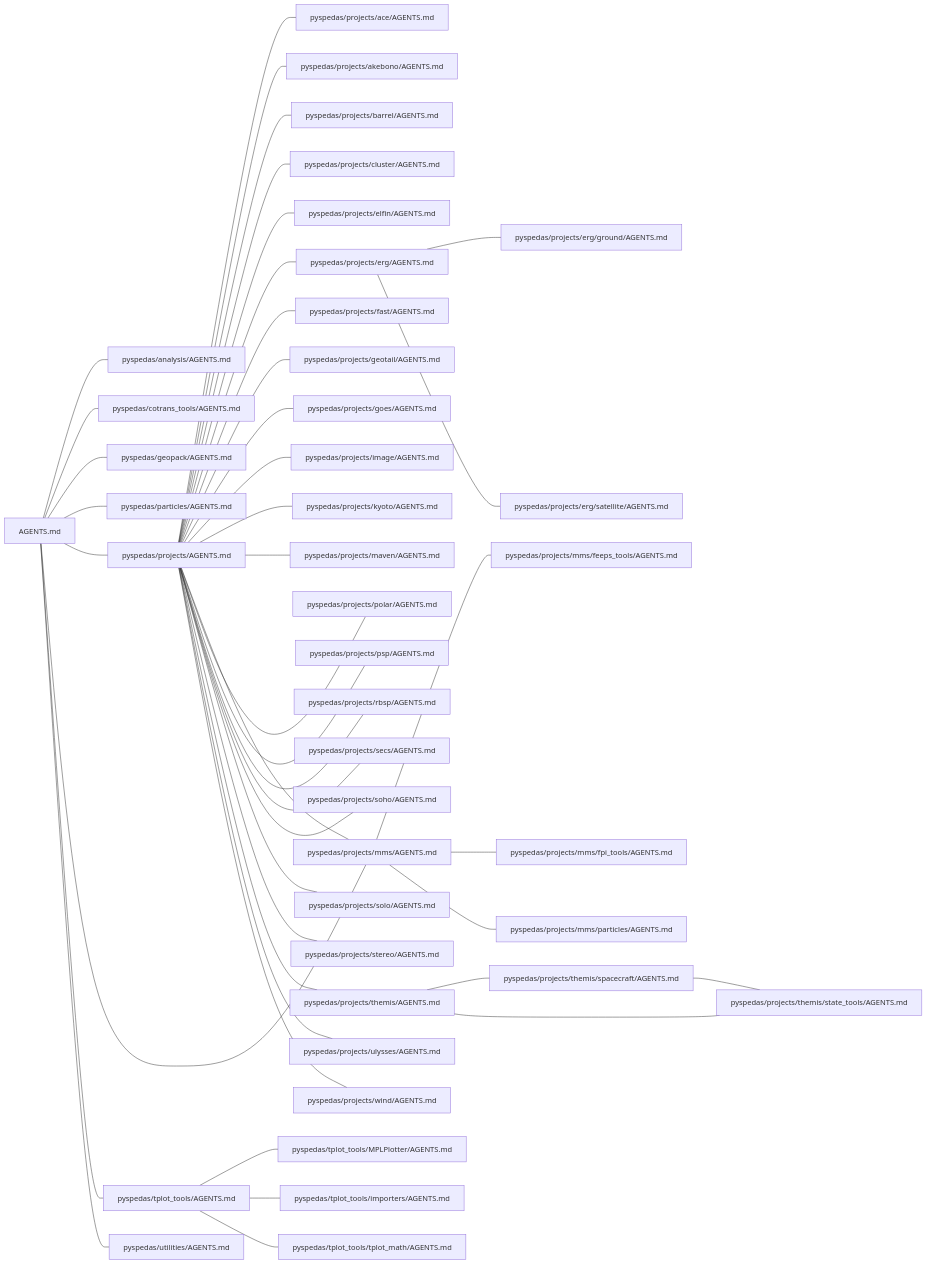
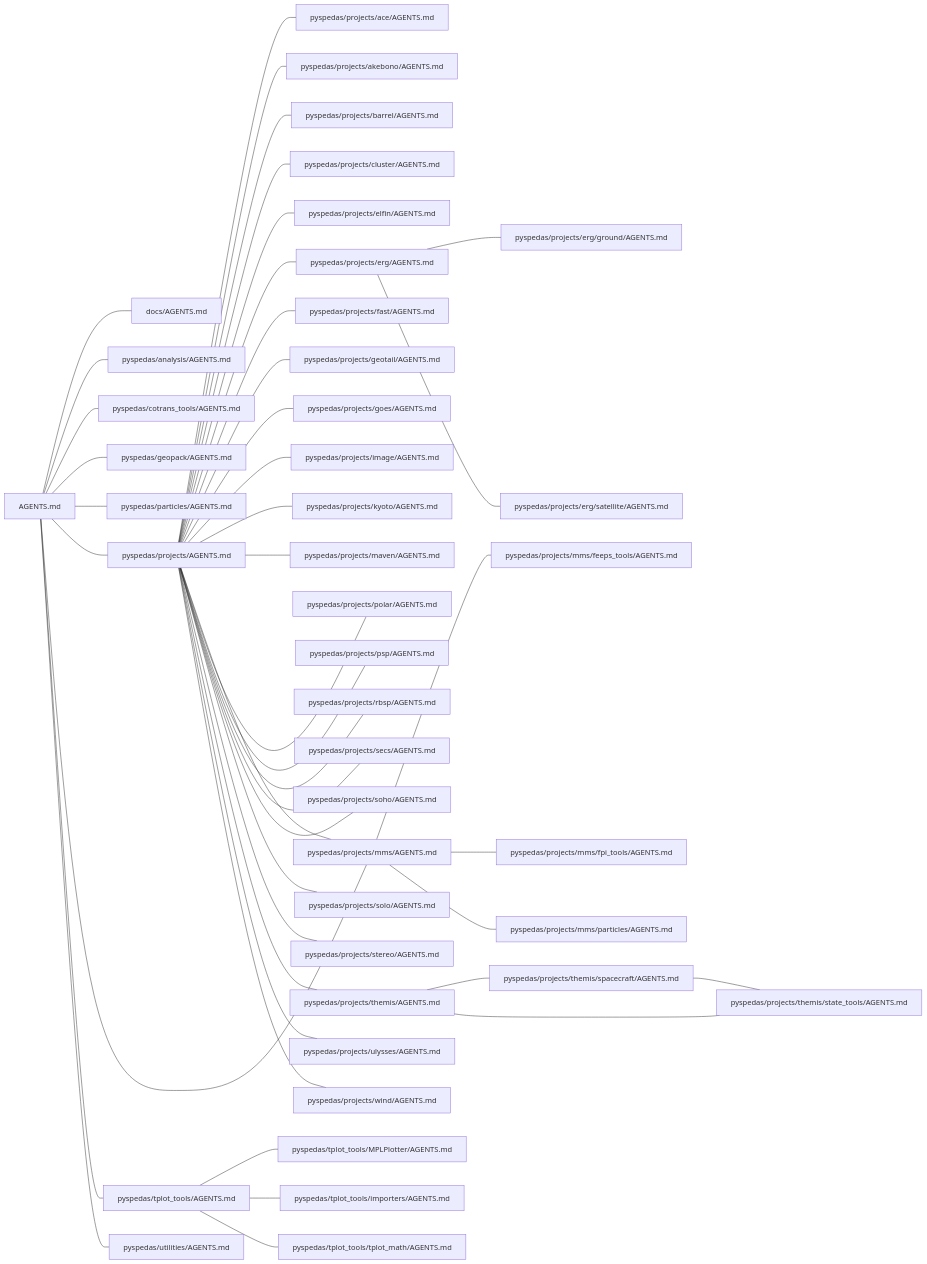
Before and after one commit to spedas/pyspedas: the first of 43 diagrams in .agents/map/MAP.md, drawn with Mermaid. The commit also changed other lines of this file and 1 other file, not shown here.

Commit message:
Rebuilt agent map files

````diff
--- a/.agents/map/MAP.md
+++ b/.agents/map/MAP.md
@@ -12,86 +12,88 @@
 ```mermaid
 graph LR
   a0["AGENTS.md"]
-  a1["pyspedas/analysis/AGENTS.md"]
-  a2["pyspedas/cotrans_tools/AGENTS.md"]
-  a3["pyspedas/geopack/AGENTS.md"]
-  a4["pyspedas/particles/AGENTS.md"]
-  a5["pyspedas/projects/AGENTS.md"]
-  a6["pyspedas/projects/ace/AGENTS.md"]
-  a7["pyspedas/projects/akebono/AGENTS.md"]
-  a8["pyspedas/projects/barrel/AGENTS.md"]
-  a9["pyspedas/projects/cluster/AGENTS.md"]
-  a10["pyspedas/projects/elfin/AGENTS.md"]
-  a11["pyspedas/projects/erg/AGENTS.md"]
-  a12["pyspedas/projects/erg/ground/AGENTS.md"]
-  a13["pyspedas/projects/erg/satellite/AGENTS.md"]
-  a14["pyspedas/projects/fast/AGENTS.md"]
-  a15["pyspedas/projects/geotail/AGENTS.md"]
-  a16["pyspedas/projects/goes/AGENTS.md"]
-  a17["pyspedas/projects/image/AGENTS.md"]
-  a18["pyspedas/projects/kyoto/AGENTS.md"]
-  a19["pyspedas/projects/maven/AGENTS.md"]
-  a20["pyspedas/projects/mms/AGENTS.md"]
-  a21["pyspedas/projects/mms/feeps_tools/AGENTS.md"]
-  a22["pyspedas/projects/mms/fpi_tools/AGENTS.md"]
-  a23["pyspedas/projects/mms/particles/AGENTS.md"]
-  a24["pyspedas/projects/polar/AGENTS.md"]
-  a25["pyspedas/projects/psp/AGENTS.md"]
-  a26["pyspedas/projects/rbsp/AGENTS.md"]
-  a27["pyspedas/projects/secs/AGENTS.md"]
-  a28["pyspedas/projects/soho/AGENTS.md"]
-  a29["pyspedas/projects/solo/AGENTS.md"]
-  a30["pyspedas/projects/stereo/AGENTS.md"]
-  a31["pyspedas/projects/themis/AGENTS.md"]
-  a32["pyspedas/projects/themis/spacecraft/AGENTS.md"]
-  a33["pyspedas/projects/themis/state_tools/AGENTS.md"]
-  a34["pyspedas/projects/ulysses/AGENTS.md"]
-  a35["pyspedas/projects/wind/AGENTS.md"]
-  a36["pyspedas/tplot_tools/AGENTS.md"]
-  a37["pyspedas/tplot_tools/MPLPlotter/AGENTS.md"]
-  a38["pyspedas/tplot_tools/importers/AGENTS.md"]
-  a39["pyspedas/tplot_tools/tplot_math/AGENTS.md"]
-  a40["pyspedas/utilities/AGENTS.md"]
+  a1["docs/AGENTS.md"]
+  a2["pyspedas/analysis/AGENTS.md"]
+  a3["pyspedas/cotrans_tools/AGENTS.md"]
+  a4["pyspedas/geopack/AGENTS.md"]
+  a5["pyspedas/particles/AGENTS.md"]
+  a6["pyspedas/projects/AGENTS.md"]
+  a7["pyspedas/projects/ace/AGENTS.md"]
+  a8["pyspedas/projects/akebono/AGENTS.md"]
+  a9["pyspedas/projects/barrel/AGENTS.md"]
+  a10["pyspedas/projects/cluster/AGENTS.md"]
+  a11["pyspedas/projects/elfin/AGENTS.md"]
+  a12["pyspedas/projects/erg/AGENTS.md"]
+  a13["pyspedas/projects/erg/ground/AGENTS.md"]
+  a14["pyspedas/projects/erg/satellite/AGENTS.md"]
+  a15["pyspedas/projects/fast/AGENTS.md"]
+  a16["pyspedas/projects/geotail/AGENTS.md"]
+  a17["pyspedas/projects/goes/AGENTS.md"]
+  a18["pyspedas/projects/image/AGENTS.md"]
+  a19["pyspedas/projects/kyoto/AGENTS.md"]
+  a20["pyspedas/projects/maven/AGENTS.md"]
+  a21["pyspedas/projects/mms/AGENTS.md"]
+  a22["pyspedas/projects/mms/feeps_tools/AGENTS.md"]
+  a23["pyspedas/projects/mms/fpi_tools/AGENTS.md"]
+  a24["pyspedas/projects/mms/particles/AGENTS.md"]
+  a25["pyspedas/projects/polar/AGENTS.md"]
+  a26["pyspedas/projects/psp/AGENTS.md"]
+  a27["pyspedas/projects/rbsp/AGENTS.md"]
+  a28["pyspedas/projects/secs/AGENTS.md"]
+  a29["pyspedas/projects/soho/AGENTS.md"]
+  a30["pyspedas/projects/solo/AGENTS.md"]
+  a31["pyspedas/projects/stereo/AGENTS.md"]
+  a32["pyspedas/projects/themis/AGENTS.md"]
+  a33["pyspedas/projects/themis/spacecraft/AGENTS.md"]
+  a34["pyspedas/projects/themis/state_tools/AGENTS.md"]
+  a35["pyspedas/projects/ulysses/AGENTS.md"]
+  a36["pyspedas/projects/wind/AGENTS.md"]
+  a37["pyspedas/tplot_tools/AGENTS.md"]
+  a38["pyspedas/tplot_tools/MPLPlotter/AGENTS.md"]
+  a39["pyspedas/tplot_tools/importers/AGENTS.md"]
+  a40["pyspedas/tplot_tools/tplot_math/AGENTS.md"]
+  a41["pyspedas/utilities/AGENTS.md"]
   a0 --- a1
   a0 --- a2
   a0 --- a3
   a0 --- a4
   a0 --- a5
-  a0 --- a20
-  a0 --- a36
-  a0 --- a40
-  a5 --- a6
-  a5 --- a7
-  a5 --- a8
-  a5 --- a9
-  a5 --- a10
-  a5 --- a11
-  a5 --- a14
-  a5 --- a15
-  a5 --- a16
-  a5 --- a17
-  a5 --- a18
-  a5 --- a19
-  a5 --- a20
-  a5 --- a24
-  a5 --- a25
-  a5 --- a26
-  a5 --- a27
-  a5 --- a28
-  a5 --- a29
-  a5 --- a30
-  a5 --- a31
-  a5 --- a34
-  a5 --- a35
-  a11 --- a12
-  a11 --- a13
-  a20 --- a21
-  a20 --- a22
-  a20 --- a23
-  a31 --- a32
-  a31 --- a33
+  a0 --- a6
+  a0 --- a21
+  a0 --- a37
+  a0 --- a41
+  a6 --- a7
+  a6 --- a8
+  a6 --- a9
+  a6 --- a10
+  a6 --- a11
+  a6 --- a12
+  a6 --- a15
+  a6 --- a16
+  a6 --- a17
+  a6 --- a18
+  a6 --- a19
+  a6 --- a20
+  a6 --- a21
+  a6 --- a25
+  a6 --- a26
+  a6 --- a27
+  a6 --- a28
+  a6 --- a29
+  a6 --- a30
+  a6 --- a31
+  a6 --- a32
+  a6 --- a35
+  a6 --- a36
+  a12 --- a13
+  a12 --- a14
+  a21 --- a22
+  a21 --- a23
+  a21 --- a24
   a32 --- a33
-  a36 --- a37
-  a36 --- a38
-  a36 --- a39
+  a32 --- a34
+  a33 --- a34
+  a37 --- a38
+  a37 --- a39
+  a37 --- a40
 ```
````
